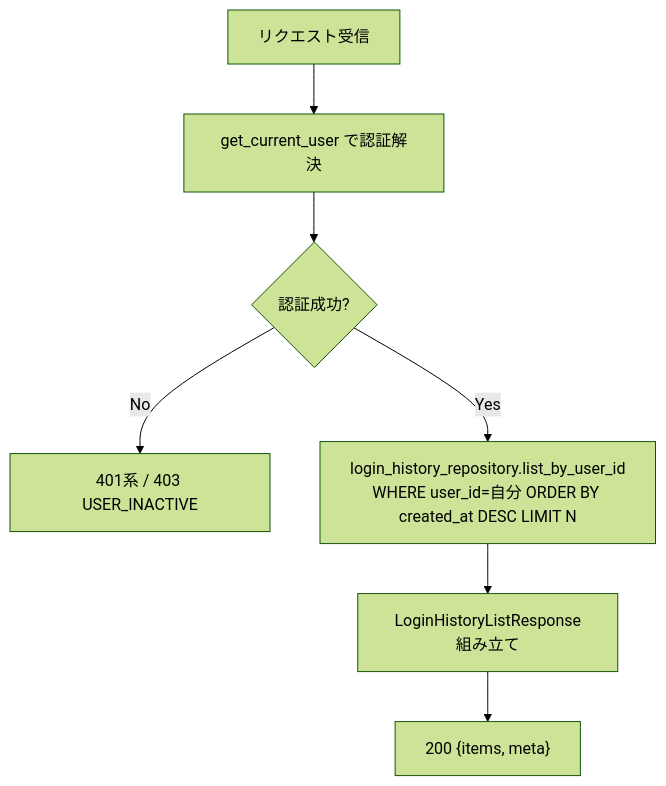
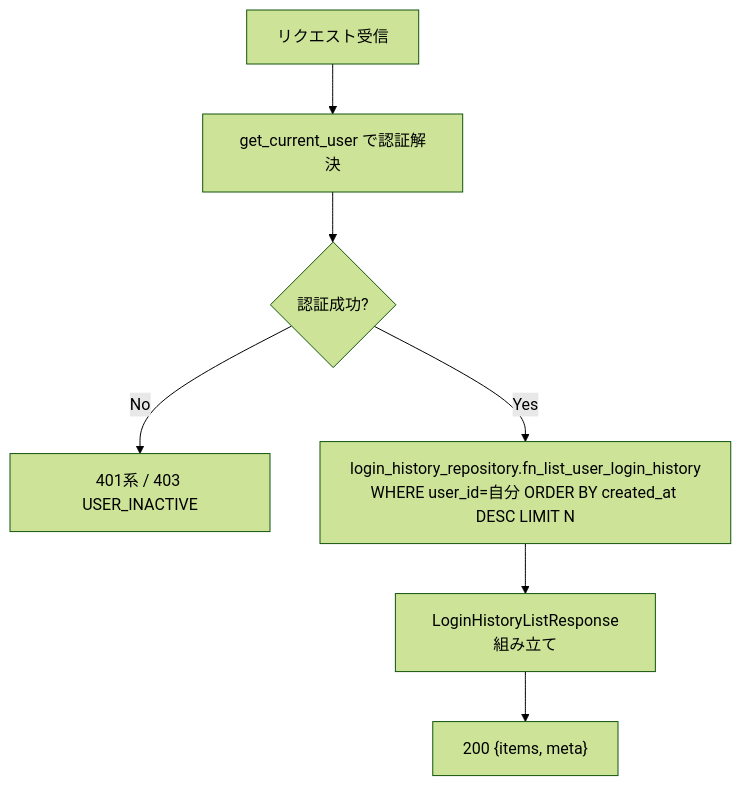
The second of 4 diagrams in detailed_design/api/users/04_get_users_me_login_history.md (oikawa-d/task_management), drawn with Mermaid (forest theme) before and after one commit. The commit also changed other lines of this file and 58 other files, not shown here.

````diff
--- a/detailed_design/api/users/04_get_users_me_login_history.md
+++ b/detailed_design/api/users/04_get_users_me_login_history.md
@@ -139,9 +139,9 @@
 ```mermaid
 flowchart TB
     A["リクエスト受信"] --> B["get_current_user で認証解決"]
     B --> C{"認証成功?"}
     C -->|"No"| E1["401系 / 403 USER_INACTIVE"]
-    C -->|"Yes"| D["login_history_repository.list_by_user_id<br/>WHERE user_id=自分 ORDER BY created_at DESC LIMIT N"]
+    C -->|"Yes"| D["login_history_repository.fn_list_user_login_history<br/>WHERE user_id=自分 ORDER BY created_at DESC LIMIT N"]
     D --> E["LoginHistoryListResponse組み立て"]
     E --> F["200 {items, meta}"]
 ```
````
